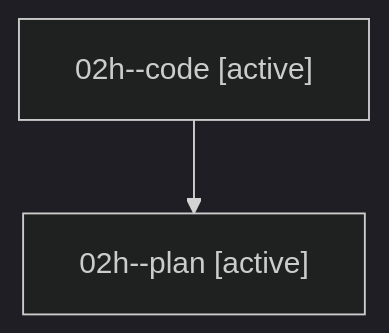
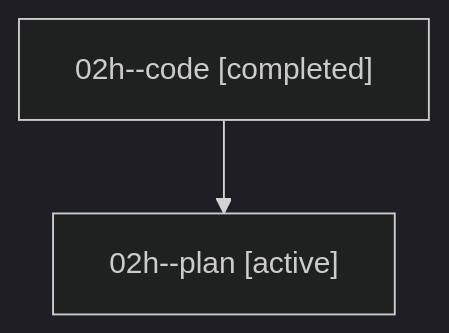
One commit to bobs-org/bob-cli--agents changed the diagram in sessions/bbugyi200.athena.02h.md. Above: the diagram before and after it, drawn with Mermaid (dark theme). The commit also changed other lines of this file and 27 other files, not shown here.

````diff
--- a/sessions/bbugyi200.athena.02h.md
+++ b/sessions/bbugyi200.athena.02h.md
@@ -9,6 +9,6 @@
 ```mermaid
 flowchart TD
-  n0["02h--code [active]"]
+  n0["02h--code [completed]"]
   n1["02h--plan [active]"]
   n0 --> n1
 ```
````
